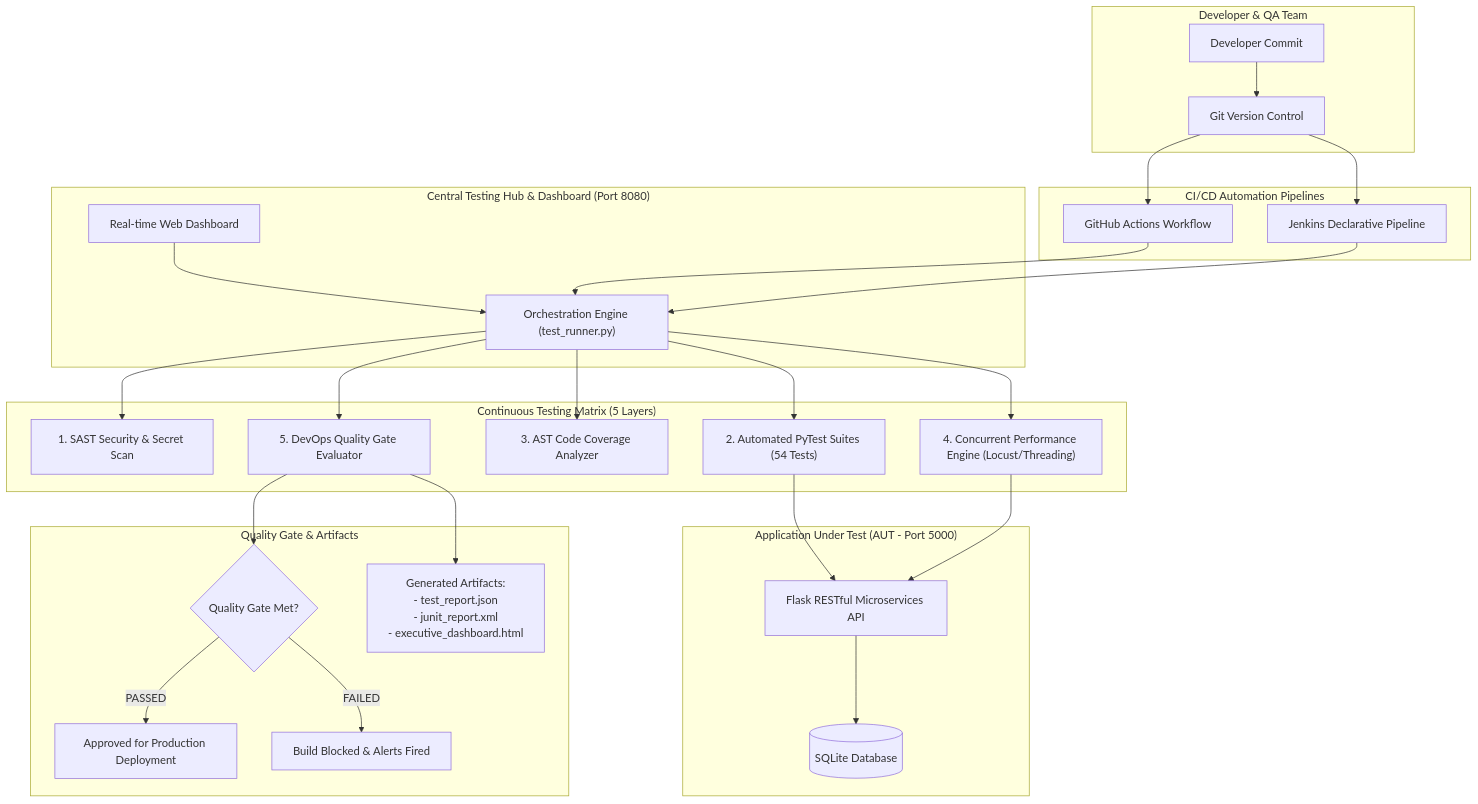
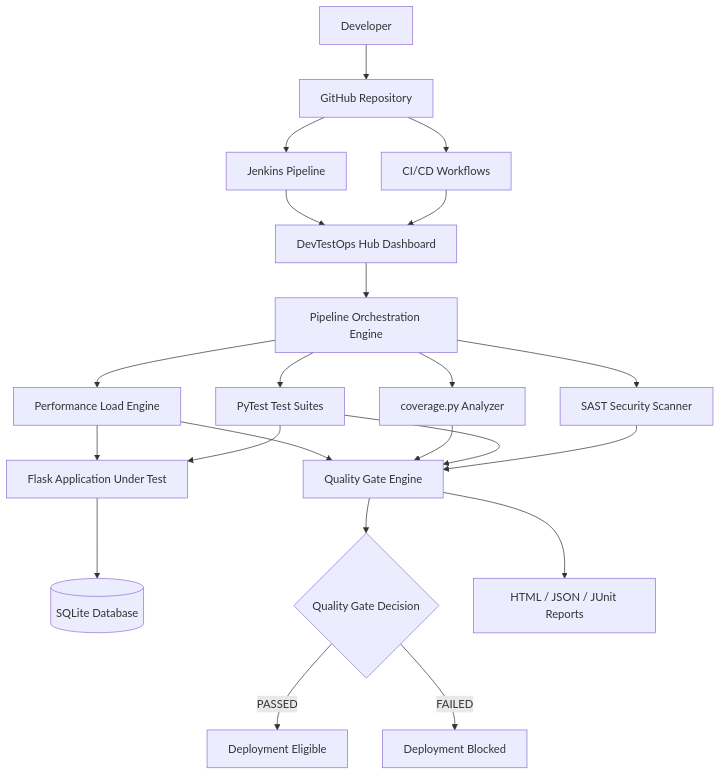
Before and after one commit to klu2300031196/Final_Project: the diagram in README.md, drawn with Mermaid. The commit also changed other lines of this file, not shown here.

Commit message:
Update README with latest pipeline execution results

````diff
--- a/README.md
+++ b/README.md
@@ -28,38 +31,33 @@
 ```mermaid
 flowchart TD
-    subgraph Developer_QA["Developer & QA Team"]
-        Dev["Developer Commit"] --> Git["Git Version Control"]
-    end
+    Dev["Developer"] --> Git["GitHub Repository"]
 
-    subgraph CI_CD["CI/CD Automation Pipelines"]
-        Git --> GHA["GitHub Actions Workflow"]
-        Git --> JNK["Jenkins Declarative Pipeline"]
-    end
+    Git --> CI["CI/CD Workflows"]
+    Git --> Jenkins["Jenkins Pipeline"]
 
-    subgraph Testing_Hub["Central Testing Hub & Dashboard (Port 8080)"]
-        UI["Real-time Web Dashboard"] --> Engine["Orchestration Engine (test_runner.py)"]
-        GHA --> Engine
-        JNK --> Engine
-    end
+    CI --> Hub["DevTestOps Hub Dashboard"]
+    Jenkins --> Hub
 
-    subgraph Testing_Matrix["Continuous Testing Matrix (5 Layers)"]
-        Engine --> L1["1. SAST Security & Secret Scan"]
-        Engine --> L2["2. Automated PyTest Suites (54 Tests)"]
-        Engine --> L3["3. AST Code Coverage Analyzer"]
-        Engine --> L4["4. Concurrent Performance Engine (Locust/Threading)"]
-        Engine --> L5["5. DevOps Quality Gate Evaluator"]
-    end
+    Hub --> Runner["Pipeline Orchestration Engine"]
 
-    subgraph AUT["Application Under Test (AUT - Port 5000)"]
-        L2 --> AppAPI["Flask RESTful Microservices API"]
-        L4 --> AppAPI
-        AppAPI --> DB[(SQLite Database)]
-    end
+    Runner --> SAST["SAST Security Scanner"]
+    Runner --> Tests["PyTest Test Suites"]
+    Runner --> Coverage["coverage.py Analyzer"]
+    Runner --> Performance["Performance Load Engine"]
 
-    subgraph Deliverables["Quality Gate & Artifacts"]
-        L5 --> Verdict{"Quality Gate Met?"}
-        Verdict -- "PASSED" --> Deploy["Approved for Production Deployment"]
-        Verdict -- "FAILED" --> Block["Build Blocked & Alerts Fired"]
-        L5 --> Reports["Generated Artifacts:\n- test_report.json\n- junit_report.xml\n- executive_dashboard.html"]
-    end
+    Tests --> AUT["Flask Application Under Test"]
+    Performance --> AUT
+    AUT --> DB[("SQLite Database")]
+
+    SAST --> Gate["Quality Gate Engine"]
+    Tests --> Gate
+    Coverage --> Gate
+    Performance --> Gate
+
+    Gate --> Decision{"Quality Gate Decision"}
+
+    Decision -->|PASSED| Approved["Deployment Eligible"]
+    Decision -->|FAILED| Blocked["Deployment Blocked"]
+
+    Gate --> Reports["HTML / JSON / JUnit Reports"]
 ```
````
